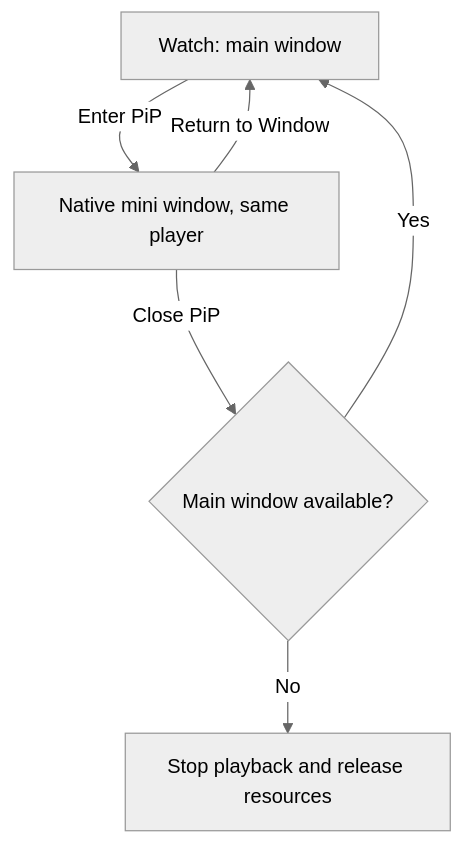
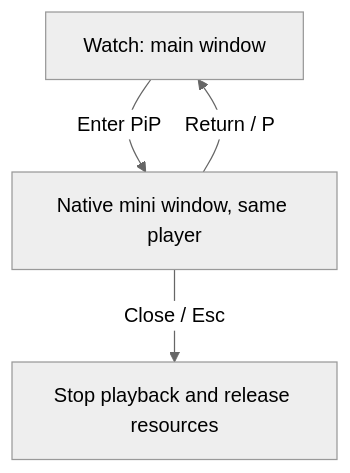
One commit to satyawikananda/mumu changed the third of 4 diagrams in DESIGN.md. Above: the diagram before and after it, drawn with Mermaid (neutral theme). The commit also changed other lines of this file and 89 other files, not shown here.

````diff
--- a/DESIGN.md
+++ b/DESIGN.md
@@ -310,8 +361,6 @@
 ```mermaid
 flowchart TD
   A[Watch: main window] -->|Enter PiP| B[Native mini window, same player]
-  B -->|Return to Window| A
-  B -->|Close PiP| C{Main window available?}
-  C -->|Yes| A
-  C -->|No| D[Stop playback and release resources]
+  B -->|Return / P| A
+  B -->|Close / Esc| C[Stop playback and release resources]
 ```
````
